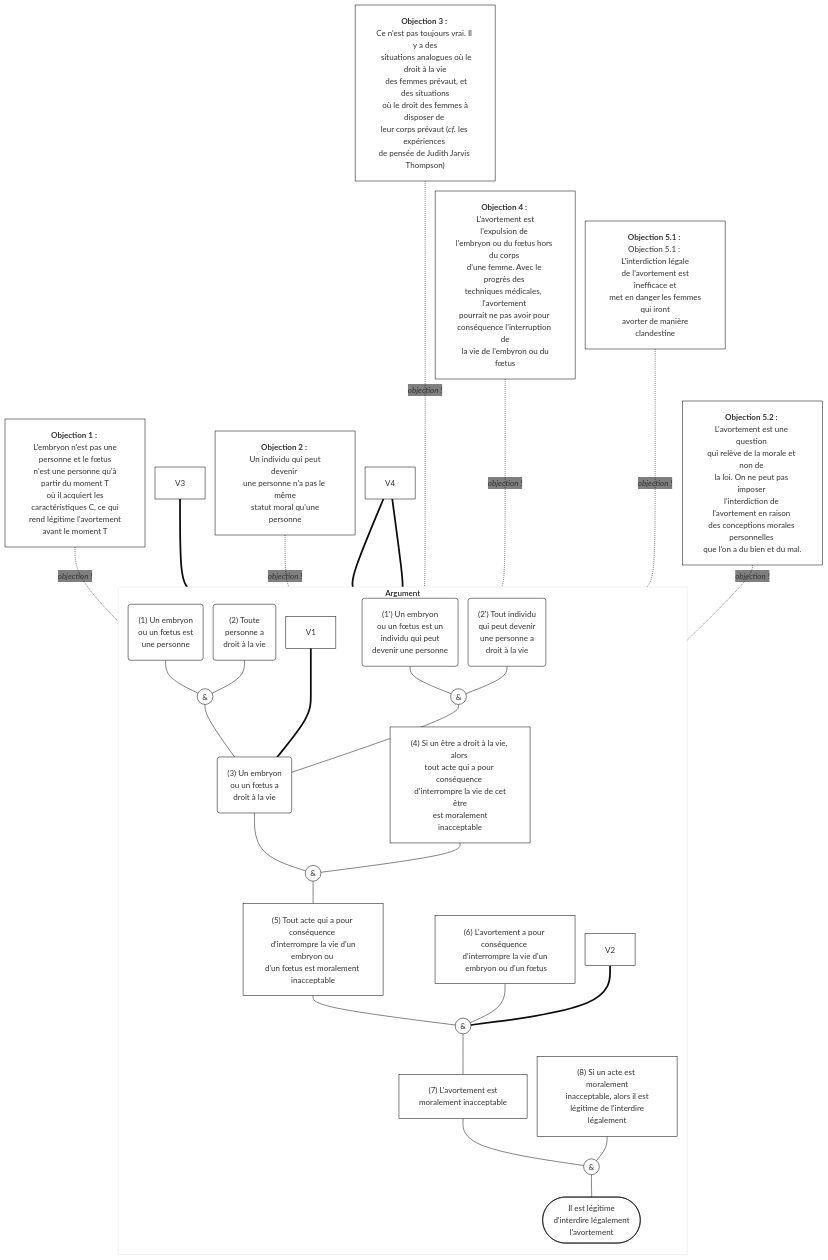
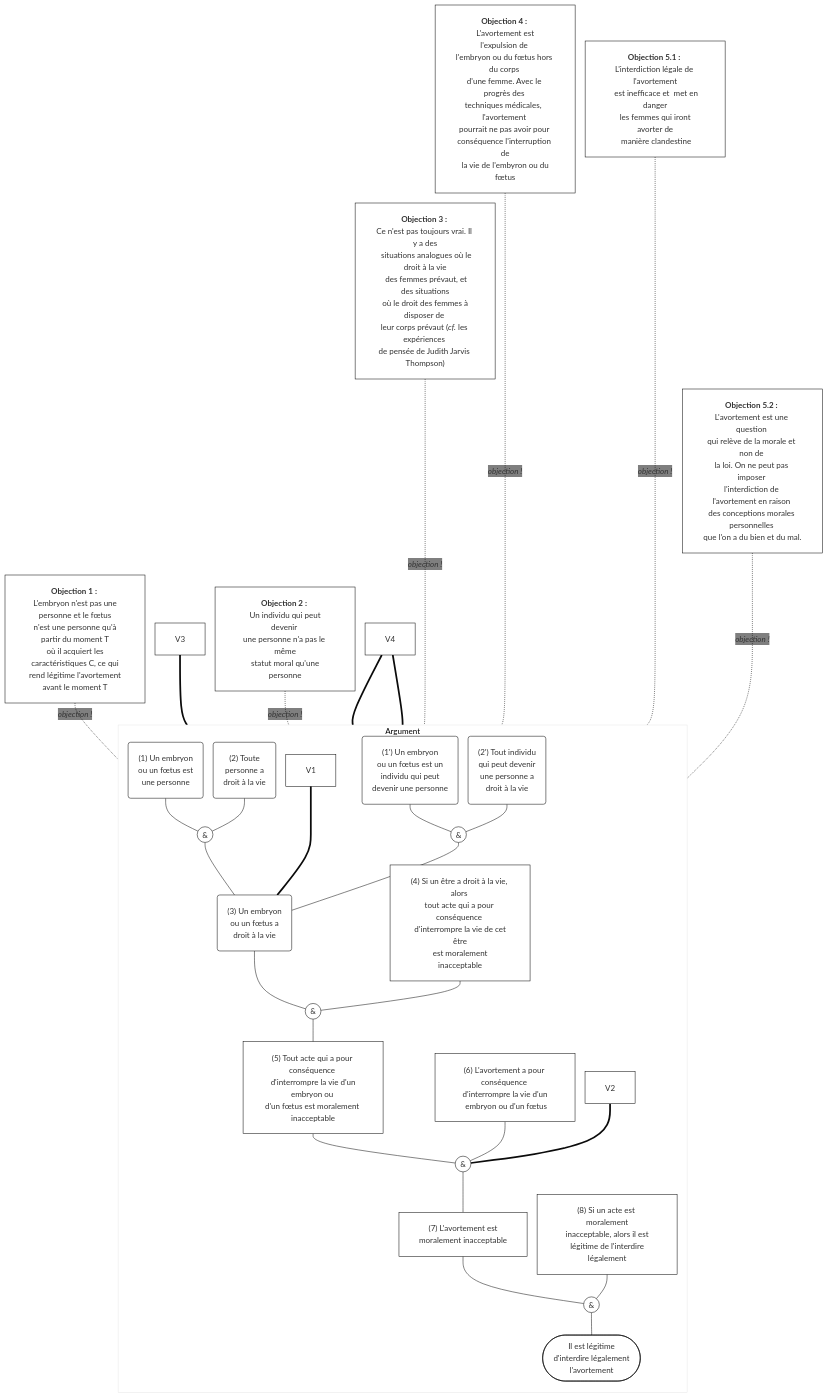
Before and after one commit to eyssette/arguments: the diagram in avortement-argument-principal-et-objections.mmd, drawn with Mermaid. The commit also changed 1 other file, not shown here.

```diff
--- a/avortement-argument-principal-et-objections.mmd
+++ b/avortement-argument-principal-et-objections.mmd
@@ -1,71 +1,71 @@
 %%{init: {"theme":"base","themeCSS": "#Argument rect{stroke:transparent; fill:#e5e5e5} #Argument span {color:transparent} .edgeLabel{color:#888; font-size:0.9em; margin-right:3px} .edgeLabel i{color:crimson} .edge-pattern-dotted{stroke:crimson} .edge-pattern-solid{stroke:green} #flowchart-pointEnd{fill:green}  g[id*=\"O\"] *{stroke:crimson!important; font-size:1em} circle+g span{color:white; } circle{fill:green!important} g[id*=\"C\"] * {fill:black;color:white;font-weight:bold}  g[id*=\"V\"] * {stroke:transparent; fill:transparent; color:transparent} .edge-thickness-thick{stroke:transparent}","themeVariables":{"secondaryColor":"transparent","primaryColor":"white","primaryBorderColor":"black"},"flowchart":{"htmlLabels":true, "padding":20, "rankSpacing":20, "nodeSpacing":20}} }%%
 flowchart TB
     %%accTitle: Titre
     %%accDescr: Description
     subgraph Argument
     direction TB
     %% 1("Prémisse")
     %% Pour utiliser les guillemets dans une prémisse : #quot;
     %% 1 -->|Par conséquent|2
     %% 1 & 2 --- PL1((&))
     %% C(["Conclusion"])
     1("(1) Un embryon <br>ou un fœtus est<br> une personne")
     2("(2) Toute <br>personne a<br> droit à la vie")
     1 & 2 --- PL1((&))
     PL1 --- 3
     3("(3) Un embryon <br>ou un fœtus a <br>droit à la vie")
 
     V1 ==== 3
 
     1.2("(1') Un embryon <br>ou un fœtus est un <br> individu qui peut <br>devenir une personne")
     2.2("(2') Tout individu<br> qui peut devenir <br>une personne a <br>droit à la vie")
     1.2 & 2.2 --- PL1.2((&))
     PL1.2 --- 3
 
 
     4["(4) Si un être a droit à la vie, alors <br>tout acte qui a pour conséquence <br> d'interrompre la vie de cet être<br> est moralement inacceptable"]
 
     3 & 4 --- PL2((&))
     PL2 --- 5
 
     5["(5) Tout acte qui a pour conséquence <br> d'interrompre la vie d'un embryon ou <br>d'un fœtus est moralement inacceptable"]
 
     6["(6) L'avortement a pour conséquence <br>d'interrompre la vie d'un<br> embryon ou d'un fœtus "]
 
     5 & 6 --- PL3((&))
     V2 === PL3
     PL3 --- 7
     
     7["(7) L'avortement est <br>moralement inacceptable"]
 
     8["(8) Si un acte est moralement<br>inacceptable, alors il est<br> légitime de l'interdire légalement"]
 
     7 & 8 --- PL4((&))
     PL4 --- C
 
     C(["Il est légitime<br>d'interdire légalement<br>l'avortement"])
     end
     %% OBJECTIONS
 
     O1["<b>Objection 1 :</b> <br> L'embryon n'est pas une personne et le fœtus<br> n'est une personne qu'à partir du moment T<br> où il acquiert les caractéristiques C, ce qui<br> rend légitime l'avortement avant le moment T"]
     O1-.-|<i>objection !</i>|1
 
     V3===1.2
 
     O2["<b>Objection 2 :</b> <br> Un individu qui peut devenir <br>une personne n'a pas le même<br> statut moral qu'une personne"]
     O2-.-|<i>objection !</i>|2.2
 
     V4===2.2
     V4===4
 
     O3["<b>Objection 3 :</b> <br>Ce n'est pas toujours vrai. Il y a des<br>  situations analogues où le droit à la vie<br>  des femmes prévaut, et des situations<br> où le droit des femmes à disposer de <br>leur corps prévaut (<i>cf.</i> les expériences <br>de pensée de Judith Jarvis Thompson)"]
     O3-...-|<i>objection !</i>|4
 
     O4["<b>Objection 4 :</b> <br> L'avortement est l'expulsion de <br>l'embryon ou du fœtus hors du corps <br>d'une femme. Avec le progrès des <br>techniques médicales,  l'avortement <br>pourrait ne pas avoir pour <br>conséquence l'interruption de<br> la vie de l'embyron ou du fœtus"]
-    O4-..-|<i>objection !</i>|6
+    O4-....-|<i>objection !</i>|6
 
-    O5.1["<b>Objection 5.1 :</b> <br>Objection 5.1 : L'interdiction légale<br> de l'avortement est inefficace et<br> met en danger les femmes qui iront<br> avorter de manière clandestine"]
-    O5.1-..-|<i>objection !</i>|8
+    O5.1["<b>Objection 5.1 :</b> <br>L'interdiction légale de l'avortement<br>  est inefficace et  met en danger<br> les femmes qui iront avorter de<br> manière clandestine"]
+    O5.1-....-|<i>objection !</i>|8
 
     O5.2["<b>Objection 5.2 :</b> <br>L'avortement est une question <br>qui relève de la morale et non de <br>la loi. On ne peut pas imposer <br>l'interdiction de l'avortement en raison <br>des conceptions morales personnelles <br>que l'on a du bien et du mal."]
-    O5.2-.-|<i>objection !</i>|8
+    O5.2-..-|<i>objection !</i>|8
```
